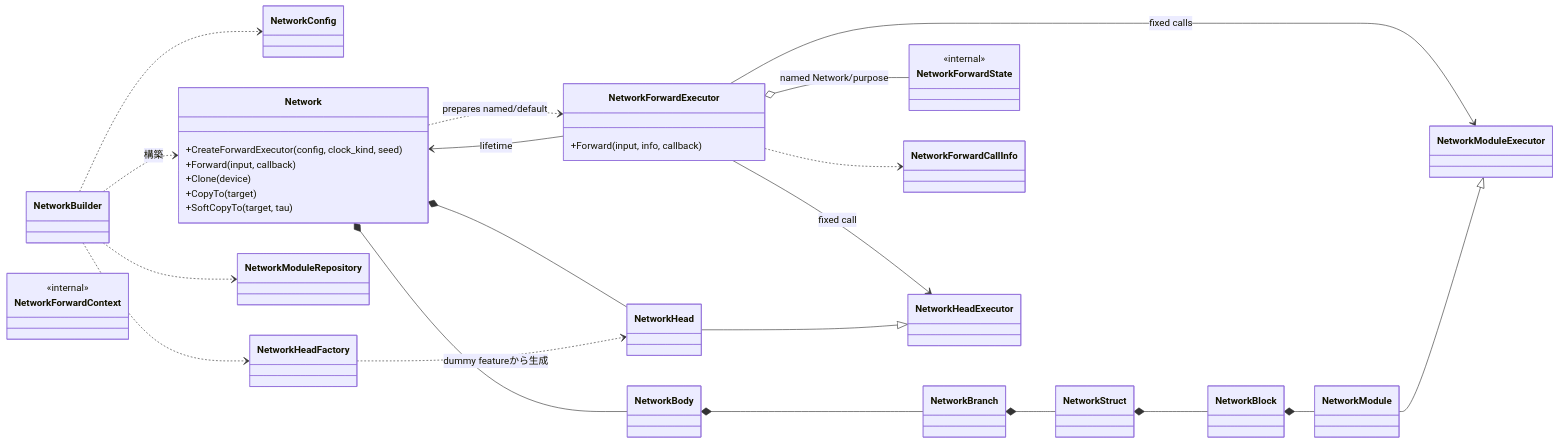
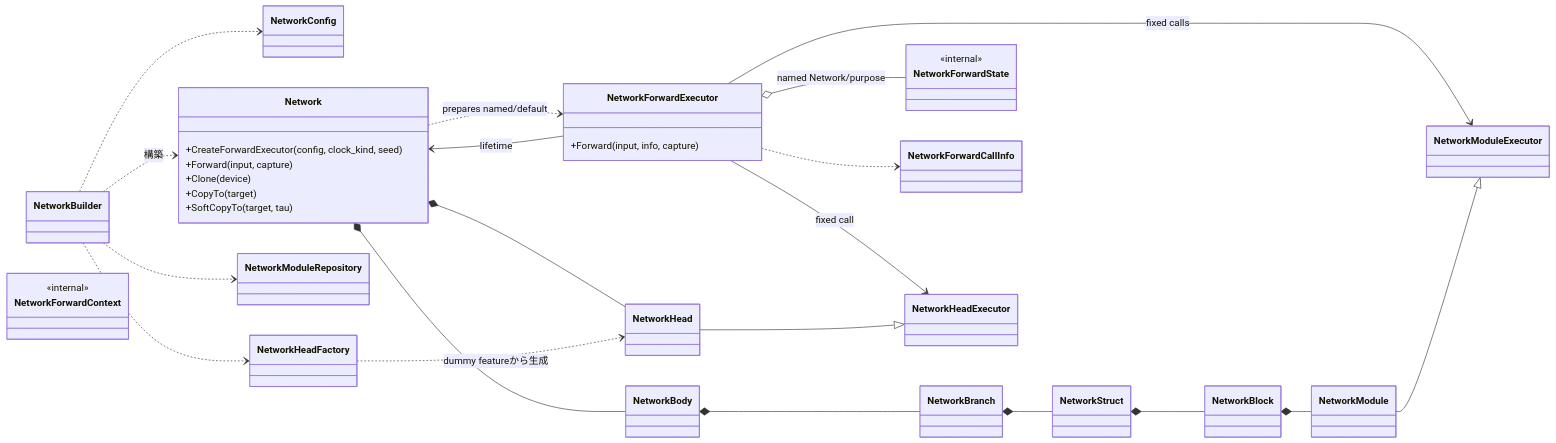
Before and after one commit to kazukin123/anet-lab: the first of 4 diagrams in docs/design/130_neural_networks.en.md, drawn with Mermaid. The commit also changed other lines of this file and 50 other files, not shown here.

````diff
--- a/docs/design/130_neural_networks.en.md
+++ b/docs/design/130_neural_networks.en.md
@@ -157,54 +157,54 @@
 ```mermaid
 classDiagram
 direction LR
 
 class NetworkBuilder
 class NetworkConfig
 class Network {
   +CreateForwardExecutor(config, clock_kind, seed)
-  +Forward(input, callback)
+  +Forward(input, capture)
   +Clone(device)
   +CopyTo(target)
   +SoftCopyTo(target, tau)
 }
 class NetworkBody
 class NetworkBranch
 class NetworkStruct
 class NetworkBlock
 class NetworkModule
 class NetworkModuleRepository
 class NetworkHead
 class NetworkHeadFactory
 class NetworkForwardExecutor {
-  +Forward(input, info, callback)
+  +Forward(input, info, capture)
 }
 class NetworkForwardState {
   <<internal>>
 }
 class NetworkForwardContext {
   <<internal>>
 }
 class NetworkForwardCallInfo
 class NetworkModuleExecutor
 class NetworkHeadExecutor
 
 NetworkForwardExecutor --> Network : lifetime
 NetworkForwardExecutor o-- NetworkForwardState : named Network/purpose
 NetworkForwardExecutor ..> NetworkForwardCallInfo
 NetworkForwardExecutor --> NetworkModuleExecutor : fixed calls
 NetworkForwardExecutor --> NetworkHeadExecutor : fixed call
 NetworkModule --|> NetworkModuleExecutor
 NetworkHead --|> NetworkHeadExecutor
 Network ..> NetworkForwardExecutor : prepares named/default
 NetworkBuilder ..> NetworkConfig
 NetworkBuilder ..> NetworkModuleRepository
 NetworkBuilder ..> NetworkHeadFactory
 NetworkBuilder ..> Network : 構築
 Network *-- NetworkBody
 Network *-- NetworkHead
 NetworkBody *-- NetworkBranch
 NetworkBranch *-- NetworkStruct
 NetworkStruct *-- NetworkBlock
 NetworkBlock *-- NetworkModule
 NetworkHeadFactory ..> NetworkHead : dummy featureから生成
 ```
````
